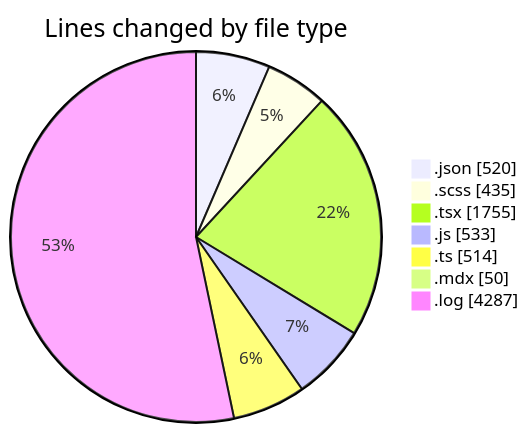
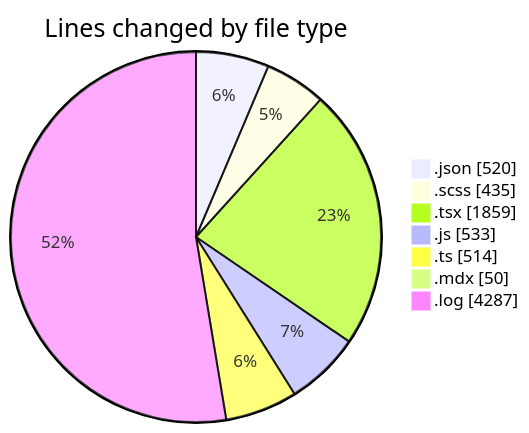
The first of 2 diagrams in 2026-04-20/cda/README.md (momahboobian/code-tracking), drawn with Mermaid before and after one commit. The commit also changed other lines of this file and 1 other file, not shown here.

````diff
--- a/2026-04-20/cda/README.md
+++ b/2026-04-20/cda/README.md
@@ -40,11 +40,11 @@
 ```mermaid
 pie showData
 title Lines changed by file type
 ".json" : 520
 ".scss" : 435
-".tsx" : 1755
+".tsx" : 1859
 ".js" : 533
 ".ts" : 514
 ".mdx" : 50
 ".log" : 4287
 ```
````
